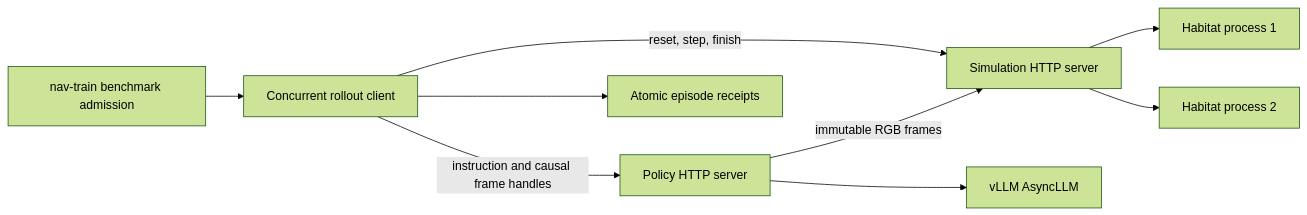
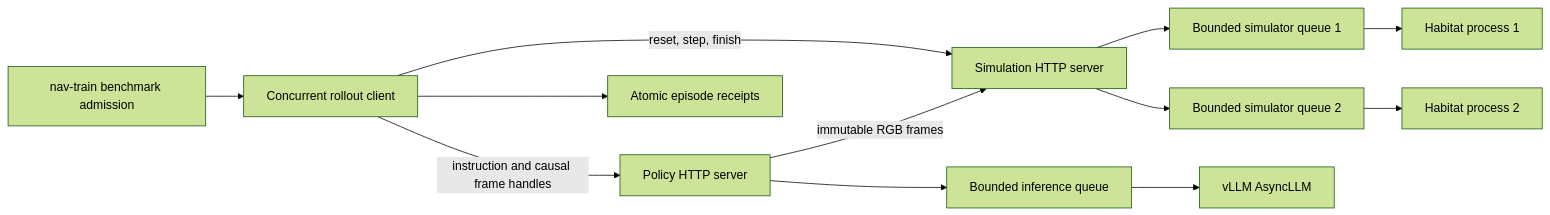
One commit to AhernResearch/vln-sim-engine changed the diagram in docs/architecture.md. Above: the diagram before and after it, drawn with Mermaid (forest theme). The commit also changed other lines of this file and 23 other files, not shown here.

````diff
--- a/docs/architecture.md
+++ b/docs/architecture.md
@@ -3,11 +3,14 @@
 ```mermaid
 flowchart LR
     B[nav-train benchmark admission] --> R[Concurrent rollout client]
     R -->|reset, step, finish| S[Simulation HTTP server]
-    S --> W1[Habitat process 1]
-    S --> W2[Habitat process 2]
+    S --> Q1[Bounded simulator queue 1]
+    S --> Q2[Bounded simulator queue 2]
+    Q1 --> W1[Habitat process 1]
+    Q2 --> W2[Habitat process 2]
     R -->|instruction and causal frame handles| P[Policy HTTP server]
     P -->|immutable RGB frames| S
-    P --> V[vLLM AsyncLLM]
+    P --> QP[Bounded inference queue]
+    QP --> V[vLLM AsyncLLM]
     R --> O[Atomic episode receipts]
 ```
````
